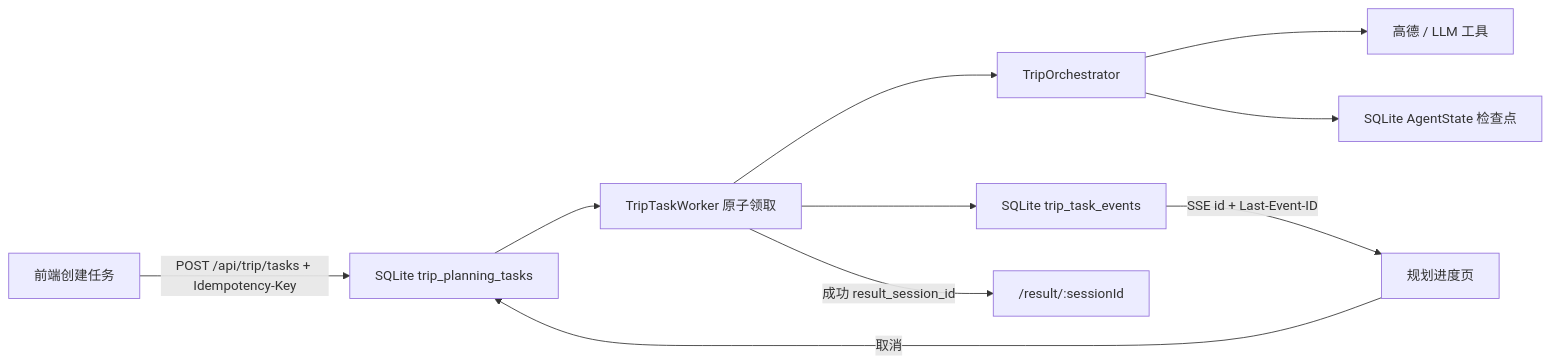
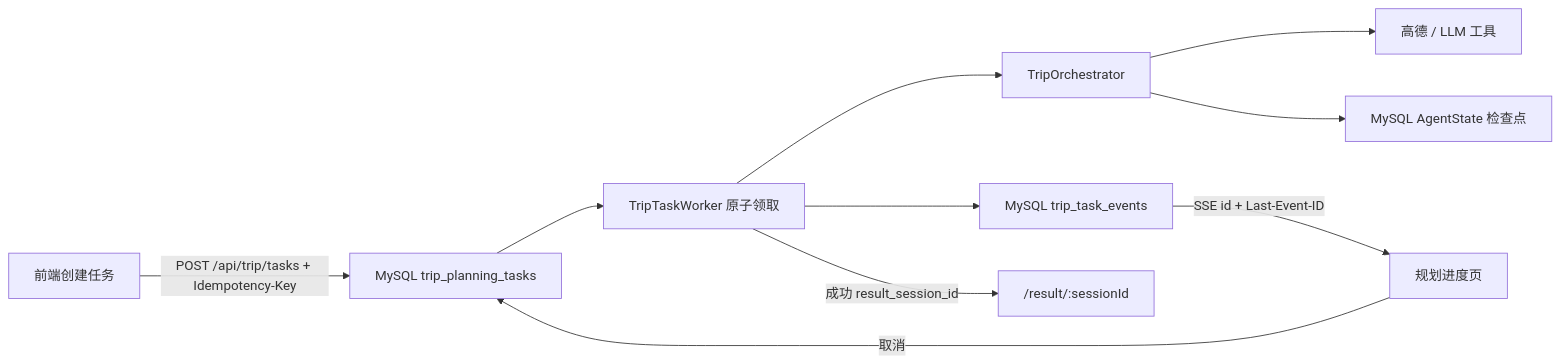
Before and after one commit to huanghu0/travel-agent-backend: the diagram in docs/async-task-runtime.md, drawn with Mermaid. The commit also changed other lines of this file and 9 other files, not shown here.

````diff
--- a/docs/async-task-runtime.md
+++ b/docs/async-task-runtime.md
@@ -11,12 +11,12 @@
 ```mermaid
 flowchart LR
-    A["前端创建任务"] -->|"POST /api/trip/tasks + Idempotency-Key"| B["SQLite trip_planning_tasks"]
+    A["前端创建任务"] -->|"POST /api/trip/tasks + Idempotency-Key"| B["MySQL trip_planning_tasks"]
     B --> C["TripTaskWorker 原子领取"]
     C --> D["TripOrchestrator"]
     D --> E["高德 / LLM 工具"]
-    D --> F["SQLite AgentState 检查点"]
-    C --> G["SQLite trip_task_events"]
+    D --> F["MySQL AgentState 检查点"]
+    C --> G["MySQL trip_task_events"]
     G -->|"SSE id + Last-Event-ID"| H["规划进度页"]
     H -->|"取消"| B
     C -->|"成功 result_session_id"| I["/result/:sessionId"]
 ```
````
